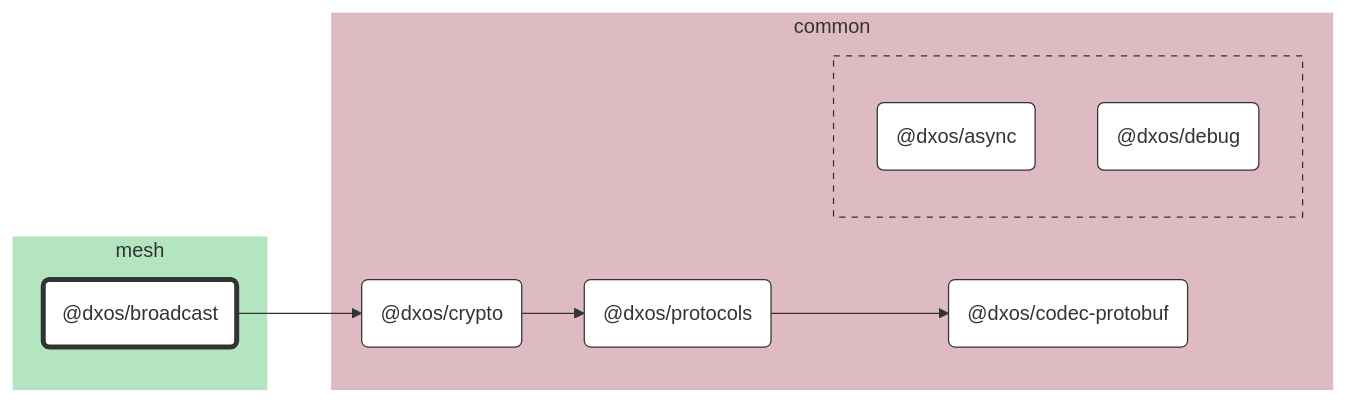
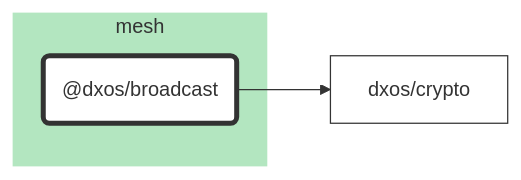
The diagram in packages/mesh/broadcast/docs/README.md (dxos/dxos), drawn with Mermaid before and after one commit. The commit also changed 84 other files, not shown here.

````diff
--- a/packages/mesh/broadcast/docs/README.md
+++ b/packages/mesh/broadcast/docs/README.md
@@ -7,53 +7,21 @@
 ```mermaid
 %%{ init: {'flowchart':{'curve':'basis'}} }%%
 
 flowchart LR
 
-%% Links
-dxos/broadcast --> dxos/crypto;
-dxos/crypto --> dxos/protocols;
-dxos/protocols --> dxos/codec-protobuf;
+%% Classes
+classDef default fill:#fff,stroke:#333,stroke-width:1px
+classDef root fill:#fff,stroke:#333,stroke-width:4px
 
-%% Sections
-subgraph mesh
-  style mesh fill:#b3e6c0,stroke:#fff;
+%% Nodes
 
-  dxos/broadcast("@dxos/broadcast")
+subgraph mesh [mesh]
+  style mesh fill:#b3e6c0,stroke:#fff
+  dxos/broadcast("@dxos/broadcast"):::root
+  click dxos/broadcast "dxos/dxos/tree/main/packages/mesh/broadcast/docs"
 end
 
-subgraph common
-  style common fill:#debac2,stroke:#fff;
-
-  dxos/codec-protobuf("@dxos/codec-protobuf")
-  dxos/crypto("@dxos/crypto")
-  dxos/protocols("@dxos/protocols")
-
-  subgraph common-excluded [ ]
-    style common-excluded fill:#debac2,stroke:#333,stroke-dasharray:5 5;
-
-    dxos/async("@dxos/async")
-    dxos/debug("@dxos/debug")
-  end
-end
-
-
-%% Hyperlinks
-click dxos/async "dxos/dxos/tree/main/packages/common/async/docs";
-click dxos/codec-protobuf "dxos/dxos/tree/main/packages/common/codec-protobuf/docs";
-click dxos/crypto "dxos/dxos/tree/main/packages/common/crypto/docs";
-click dxos/debug "dxos/dxos/tree/main/packages/common/debug/docs";
-click dxos/protocols "dxos/dxos/tree/main/packages/common/protocols/docs";
-
-%% Styles
-classDef rootNode fill:#fff,stroke:#333,stroke-width:4px
-classDef defaultNode fill:#fff,stroke:#333,stroke-width:1px
+%% Links
 linkStyle default stroke:#333,stroke-width:1px
-
-dxos/broadcast:::rootNode
-
-dxos/async:::defaultNode
-dxos/codec-protobuf:::defaultNode
-dxos/crypto:::defaultNode
-dxos/debug:::defaultNode
-dxos/protocols:::defaultNode
+dxos/broadcast --> dxos/crypto
 ```
````
